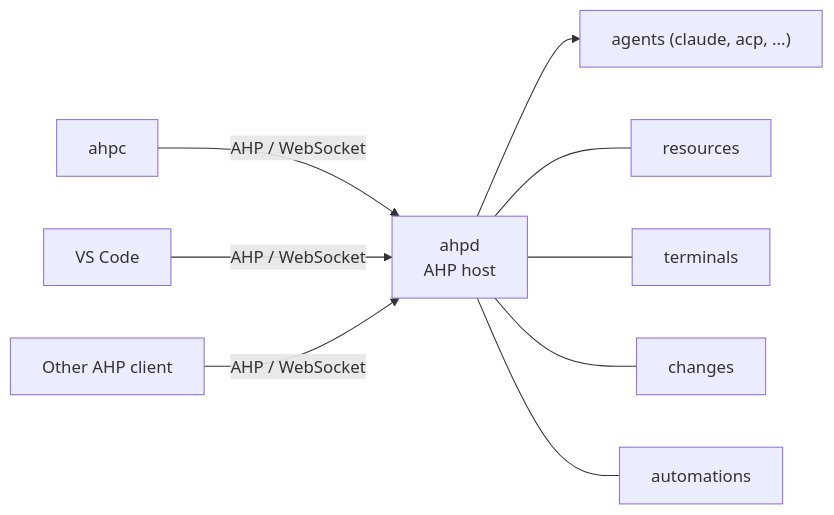
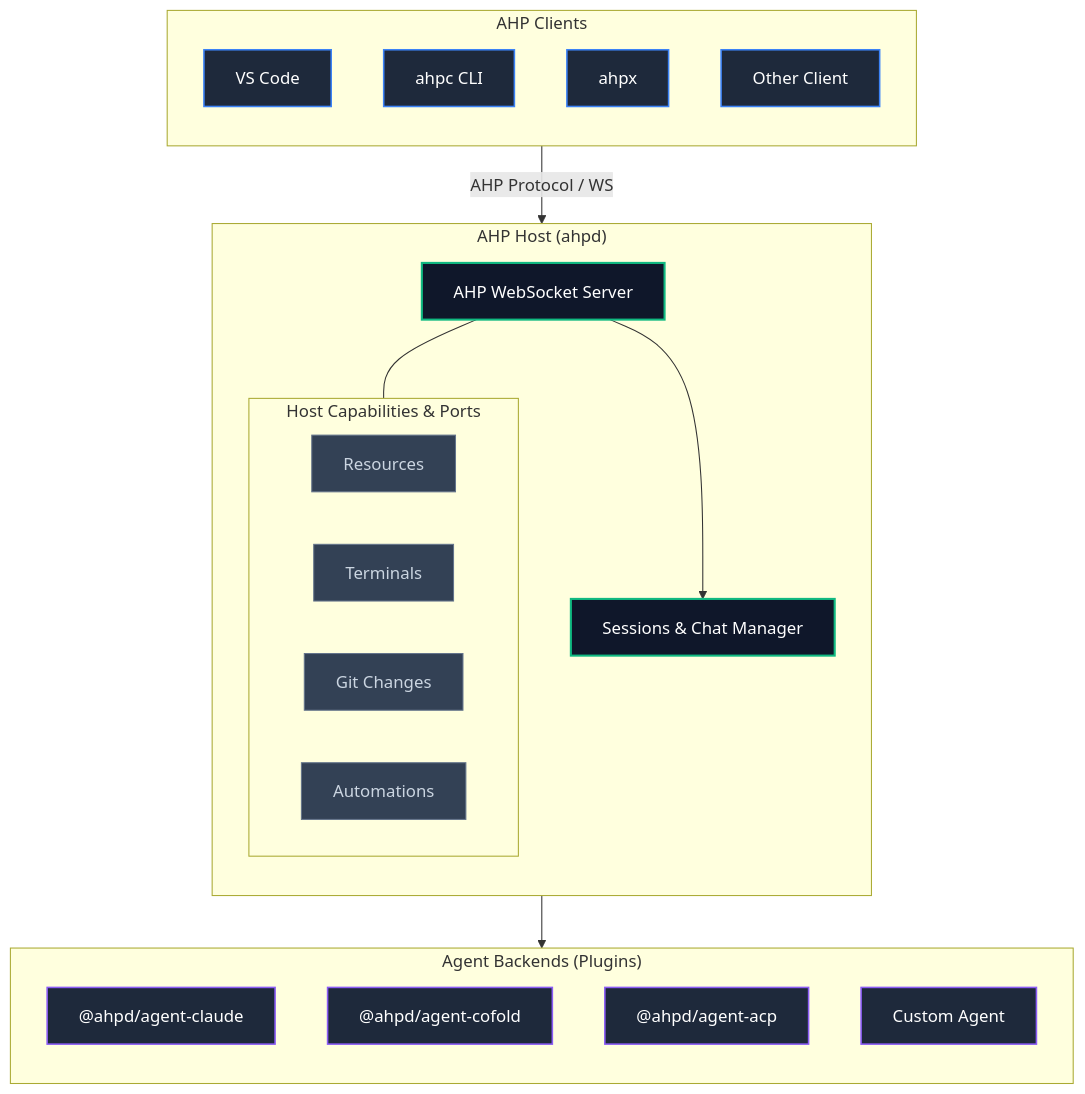
One commit to softov/ahpd changed the first of 2 diagrams in README.md. Above: the diagram before and after it, drawn with Mermaid. The commit also changed other lines of this file and 2 other files, not shown here.

````diff
--- a/README.md
+++ b/README.md
@@ -32,20 +22,47 @@
 ```mermaid
-flowchart LR
-    AHPC["ahpc"]
-    VSC["VS Code"]
-    OTHER["Other AHP client"]
+flowchart TD
+    classDef client fill:#1e293b,stroke:#3b82f6,stroke-width:1.5px,color:#fff
+    classDef host fill:#0f172a,stroke:#10b981,stroke-width:2px,color:#fff
+    classDef agent fill:#1e293b,stroke:#8b5cf6,stroke-width:1.5px,color:#fff
+    classDef port fill:#334155,stroke:#64748b,stroke-width:1px,color:#cbd5e1
 
-    HOST["ahpd<br/>AHP host"]
-    CLAUDE["agents (claude, acp, ...)"]
+    subgraph Host ["AHP Host (ahpd)"]
+        direction TB
+        AHP["AHP WebSocket Server"]
+        SESS["Sessions & Chat Manager"]
+        
+        subgraph Ports ["Host Capabilities & Ports"]
+            RES["Resources"]
+            TERM["Terminals"]
+            CHG["Git Changes"]
+            AUTO["Automations"]
+        end
 
-    AHPC -->|AHP / WebSocket| HOST
-    VSC -->|AHP / WebSocket| HOST
-    OTHER -->|AHP / WebSocket| HOST
+        AHP --> SESS
+        AHP --- Ports
+    end
 
-    HOST --> CLAUDE
+    subgraph Clients ["AHP Clients"]
+        direction TB
+        VS["VS Code"]
+        AHPC["ahpc CLI"]
+        AHPX["ahpx"]
+        OTHER["Other Client"]
+    end
 
-    HOST --- RES["resources"]
-    HOST --- TERM["terminals"]
-    HOST --- CHG["changes"]
-    HOST --- AUTO["automations"]
+    subgraph Agents ["Agent Backends (Plugins)"]
+        direction TB
+        CLAUDE["@ahpd/agent-claude"]
+        COFOLD["@ahpd/agent-cofold"]
+        ACP["@ahpd/agent-acp"]
+        CUSTOM["Custom Agent"]
+    end
+
+    Clients -->|AHP Protocol / WS| AHP
+    SESS --> Agents
+
+    class VS,AHPC,AHPX,OTHER client
+    class AHP,SESS host
+    class CLAUDE,COFOLD,ACP,CUSTOM agent
+    class RES,TERM,CHG,AUTO port
 ```
````
